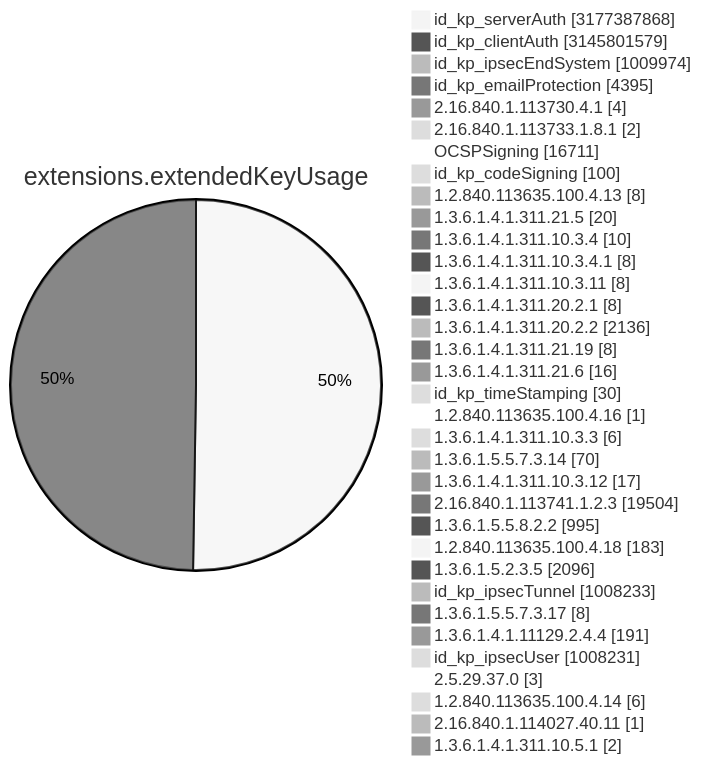
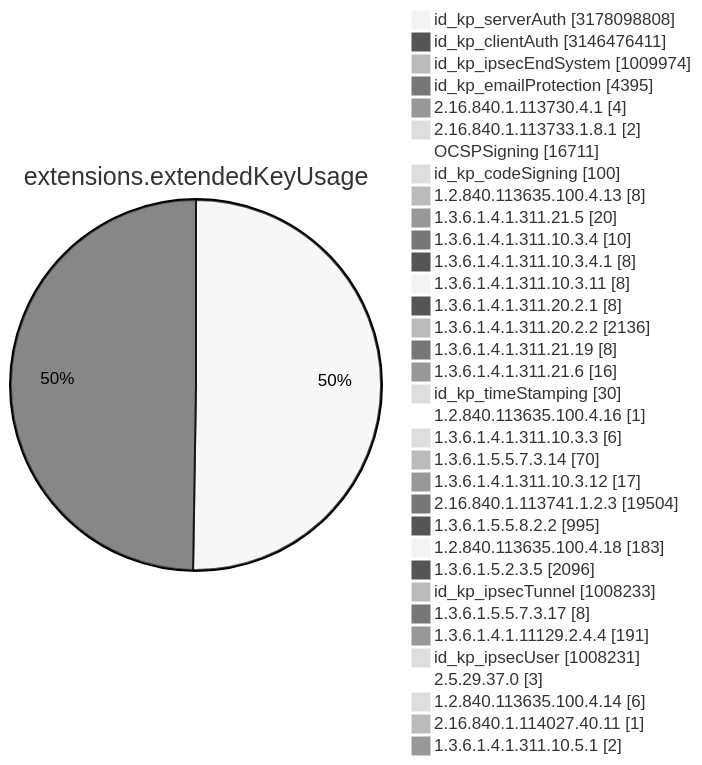
Diagram 11 of 15 in TOTAL/README.md (christiankrug/ctmonitor_visualization), drawn with Mermaid (neutral theme) before and after one commit. The commit also changed other lines of this file, not shown here.

````diff
--- a/TOTAL/README.md
+++ b/TOTAL/README.md
@@ -4119,38 +4119,38 @@
 ```mermaid
 pie showData
 title extensions.extendedKeyUsage
-"id_kp_serverAuth" :3177387868
-"id_kp_clientAuth" :3145801579
+"id_kp_serverAuth" :3178098808
+"id_kp_clientAuth" :3146476411
 "id_kp_ipsecEndSystem" :1009974
 "id_kp_emailProtection" :4395
 "2.16.840.1.113730.4.1" :4
 "2.16.840.1.113733.1.8.1" :2
 "OCSPSigning" :16711
 "id_kp_codeSigning" :100
 "1.2.840.113635.100.4.13" :8
 "1.3.6.1.4.1.311.21.5" :20
 "1.3.6.1.4.1.311.10.3.4" :10
 "1.3.6.1.4.1.311.10.3.4.1" :8
 "1.3.6.1.4.1.311.10.3.11" :8
 "1.3.6.1.4.1.311.20.2.1" :8
 "1.3.6.1.4.1.311.20.2.2" :2136
 "1.3.6.1.4.1.311.21.19" :8
 "1.3.6.1.4.1.311.21.6" :16
 "id_kp_timeStamping" :30
 "1.2.840.113635.100.4.16" :1
 "1.3.6.1.4.1.311.10.3.3" :6
 "1.3.6.1.5.5.7.3.14" :70
 "1.3.6.1.4.1.311.10.3.12" :17
 "2.16.840.1.113741.1.2.3" :19504
 "1.3.6.1.5.5.8.2.2" :995
 "1.2.840.113635.100.4.18" :183
 "1.3.6.1.5.2.3.5" :2096
 "id_kp_ipsecTunnel" :1008233
 "1.3.6.1.5.5.7.3.17" :8
 "1.3.6.1.4.1.11129.2.4.4" :191
 "id_kp_ipsecUser" :1008231
 "2.5.29.37.0" :3
 "1.2.840.113635.100.4.14" :6
 "2.16.840.1.114027.40.11" :1
 "1.3.6.1.4.1.311.10.5.1" :2
 ```
````
